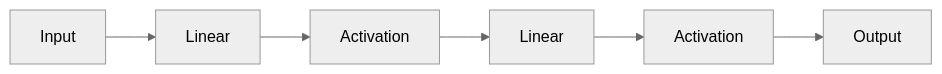
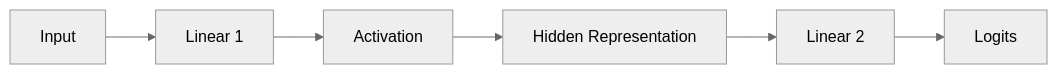
One commit to AI-learning-simple/Build-Your-Own-LLM changed the sixth of 9 diagrams in 1. LLM基础/4. 神经网络——从神经元到 MLP.md. Above: the diagram before and after it, drawn with Mermaid (neutral theme). The commit also changed other lines of this file and 60 other files, not shown here.

````diff
--- a/1. LLM基础/4. 神经网络——从神经元到 MLP.md
+++ b/1. LLM基础/4. 神经网络——从神经元到 MLP.md
@@ -297,4 +234,8 @@
 ```mermaid
 flowchart LR
-    A[Input] --> B[Linear] --> C[Activation] --> D[Linear] --> E[Activation] --> F[Output]
+    X[Input] --> L1[Linear 1]
+    L1 --> A[Activation]
+    A --> H[Hidden Representation]
+    H --> L2[Linear 2]
+    L2 --> Z[Logits]
 ```
````
